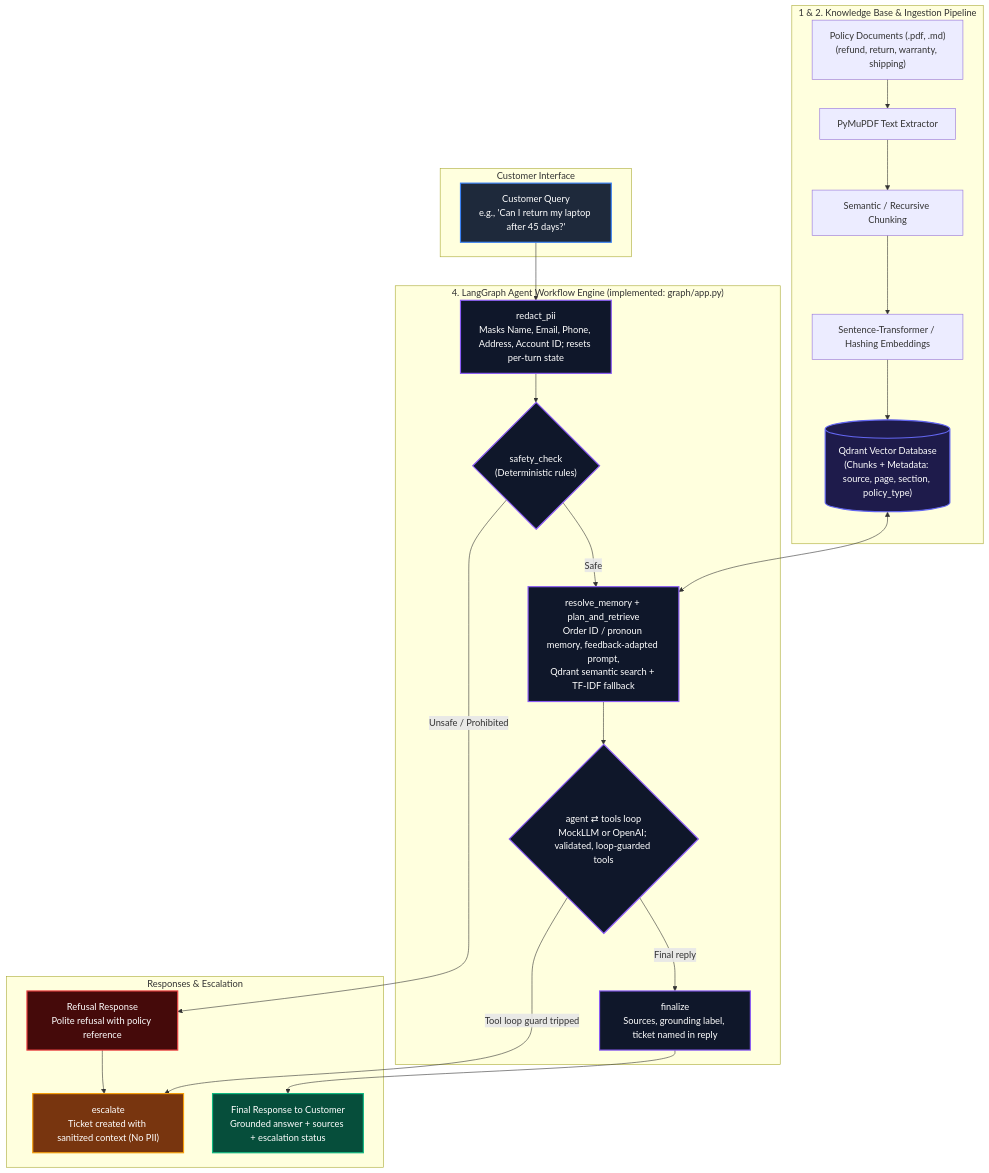
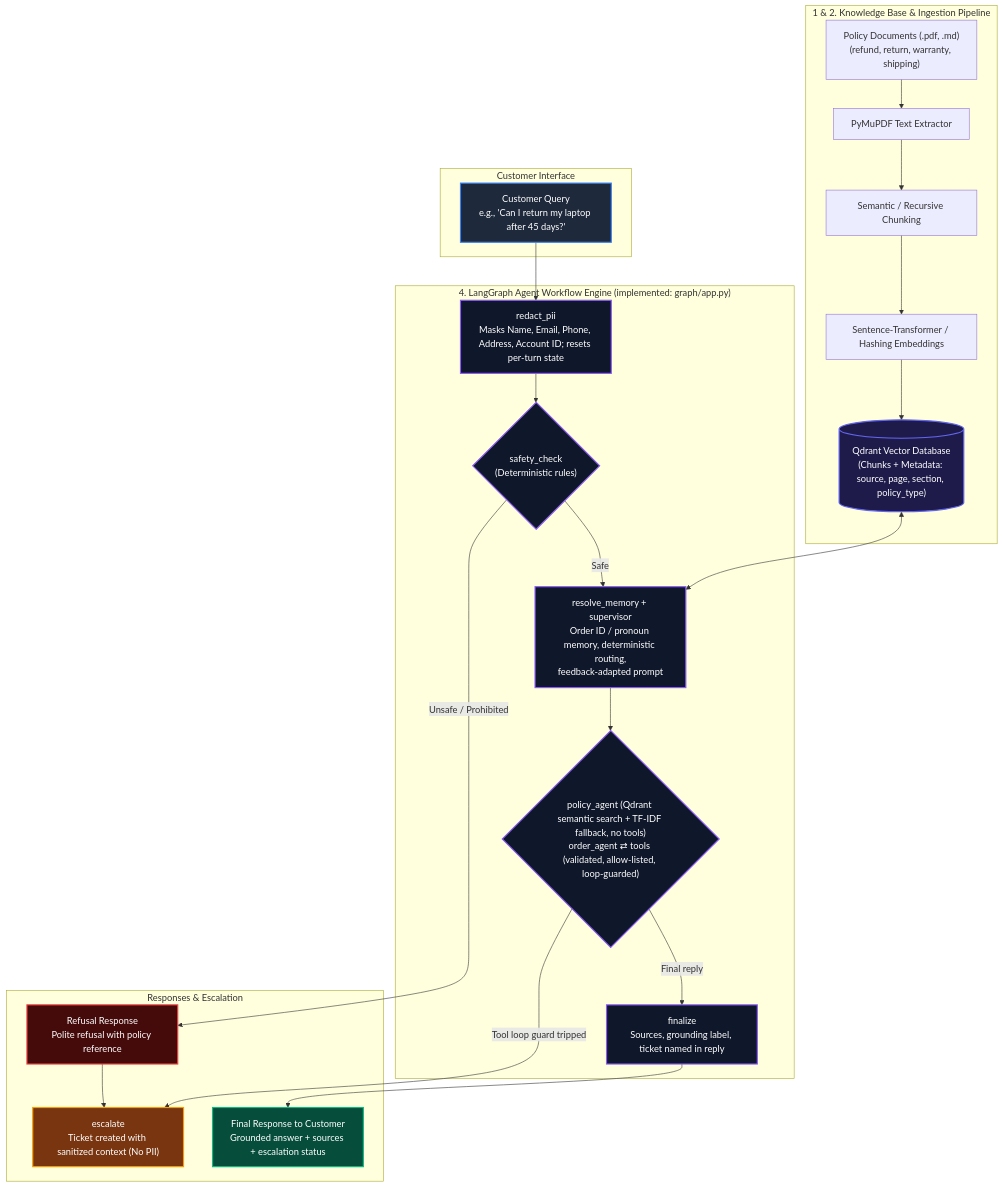
The first of 2 diagrams in capstone_project/docs/architecture_blueprint.md (Ramki2018/CustomerSupportAgent), drawn with Mermaid before and after one commit. The commit also changed other lines of this file and 18 other files, not shown here.

````diff
--- a/capstone_project/docs/architecture_blueprint.md
+++ b/capstone_project/docs/architecture_blueprint.md
@@ -33,49 +33,49 @@
 ```mermaid
 flowchart TD
     %% Styling
     classDef inputStyle fill:#1e293b,stroke:#3b82f6,stroke-width:2px,color:#fff;
     classDef graphNode fill:#0f172a,stroke:#8b5cf6,stroke-width:2px,color:#fff;
     classDef safetyNode fill:#450a0a,stroke:#ef4444,stroke-width:2px,color:#fff;
     classDef dbStyle fill:#1e1b4b,stroke:#6366f1,stroke-width:2px,color:#fff;
     classDef successNode fill:#064e3b,stroke:#10b981,stroke-width:2px,color:#fff;
     classDef escNode fill:#78350f,stroke:#f59e0b,stroke-width:2px,color:#fff;
 
     subgraph Document_Ingestion ["1 & 2. Knowledge Base & Ingestion Pipeline"]
         PDFs["Policy Documents (.pdf, .md)\n(refund, return, warranty, shipping)"] --> PyMuPDF["PyMuPDF Text Extractor"]
         PyMuPDF --> Chunking["Semantic / Recursive Chunking"]
         Chunking --> Embed["Sentence-Transformer / Hashing Embeddings"]
         Embed --> Qdrant[("Qdrant Vector Database\n(Chunks + Metadata: source, page, section, policy_type)")]
     end
 
     subgraph User_Input ["Customer Interface"]
         UserQuery["Customer Query\ne.g., 'Can I return my laptop after 45 days?'"]:::inputStyle
     end
 
     subgraph LangGraph_Workflow ["4. LangGraph Agent Workflow Engine (implemented: graph/app.py)"]
         Node1["redact_pii\nMasks Name, Email, Phone, Address, Account ID; resets per-turn state"]:::graphNode
         Node2{"safety_check\n(Deterministic rules)"}:::graphNode
-        Node3["resolve_memory + plan_and_retrieve\nOrder ID / pronoun memory, feedback-adapted prompt,\nQdrant semantic search + TF-IDF fallback"]:::graphNode
-        Node4{"agent ⇄ tools loop\nMockLLM or OpenAI; validated, loop-guarded tools"}:::graphNode
+        Node3["resolve_memory + supervisor\nOrder ID / pronoun memory, deterministic routing,\nfeedback-adapted prompt"]:::graphNode
+        Node4{"policy_agent (Qdrant semantic search + TF-IDF fallback, no tools)\norder_agent ⇄ tools (validated, allow-listed, loop-guarded)"}:::graphNode
         Node5["finalize\nSources, grounding label, ticket named in reply"]:::graphNode
     end
 
     subgraph Outputs ["Responses & Escalation"]
         RefusalReply["Refusal Response\nPolite refusal with policy reference"]:::safetyNode
         Escalation["escalate\nTicket created with sanitized context (No PII)"]:::escNode
         FinalAnswer["Final Response to Customer\nGrounded answer + sources + escalation status"]:::successNode
     end
 
     %% Workflow Connections
     UserQuery --> Node1
     Node1 --> Node2
     Node2 -- Unsafe / Prohibited --> RefusalReply
     RefusalReply --> Escalation
     Node2 -- Safe --> Node3
     Qdrant <--> Node3
     Node3 --> Node4
     Node4 -- Tool loop guard tripped --> Escalation
     Node4 -- Final reply --> Node5
     Node5 --> FinalAnswer
 
     class Qdrant dbStyle;
 ```
````
